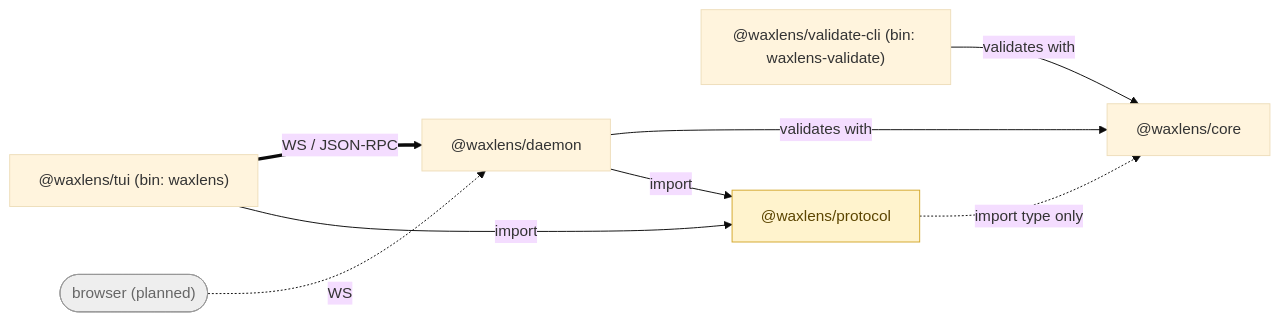
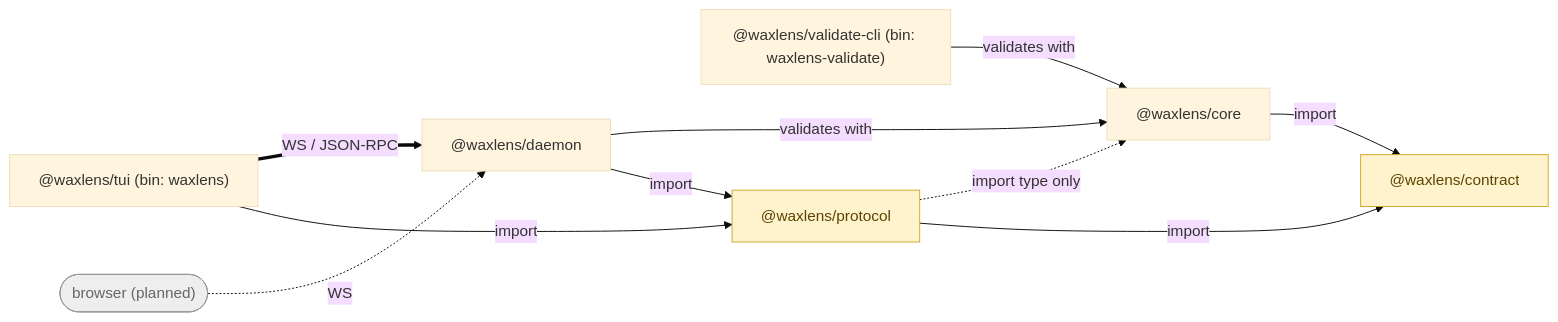
Before and after one commit to uraitakahito/waxlens: the diagram in docs-site/src/content/docs/index.mdx, drawn with Mermaid (base theme). The commit also changed 26 other files, not shown here.

First line of the commit message:
feat!: 共有語彙を @waxlens/contract に集約する (#134)

````diff
--- a/docs-site/src/content/docs/index.mdx
+++ b/docs-site/src/content/docs/index.mdx
@@ -36,15 +36,17 @@
 ```mermaid
 flowchart LR
     tui["@waxlens/tui (bin: waxlens)"] ==>|"WS / JSON-RPC"| daemon["@waxlens/daemon"]
     browser(["browser (planned)"]) -.->|"WS"| daemon
     cli["@waxlens/validate-cli (bin: waxlens-validate)"] -->|validates with| core["@waxlens/core"]
     daemon -->|validates with| core
     tui -->|import| protocol["@waxlens/protocol"]
     daemon -->|import| protocol
     protocol -.->|"import type only"| core
+    core -->|import| shared["@waxlens/contract"]
+    protocol -->|import| shared
 
-    classDef contract fill:#fff3cd,stroke:#d4a72c,color:#5c4500;
+    classDef shared fill:#fff3cd,stroke:#d4a72c,color:#5c4500;
     classDef future fill:#eeeeee,stroke:#999999,color:#666666;
-    class protocol contract;
+    class shared,protocol shared;
     class browser future;
 ```
````
